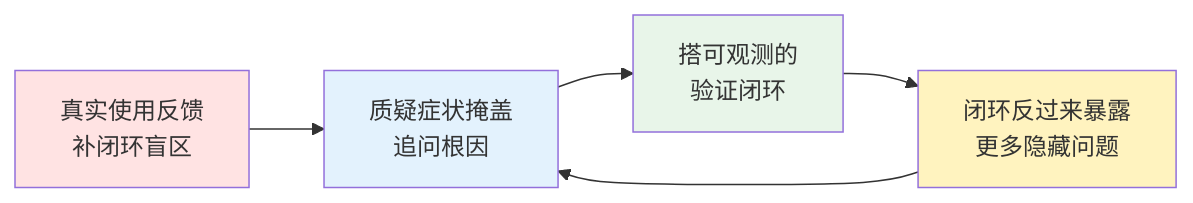
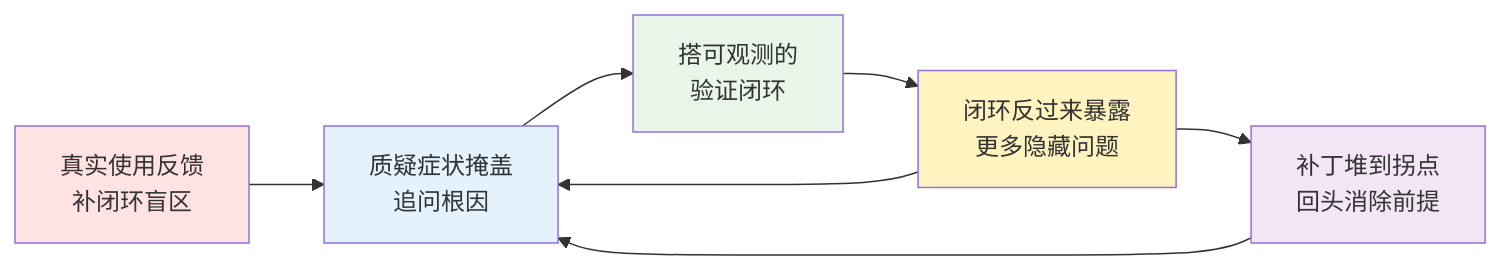
One commit to puppylpg/puppylpg.github.io changed the fourth of 4 diagrams in _tutorials/2026-06-13-mermaid-rendering-debug-workflow.md. Above: the diagram before and after it, drawn with Mermaid. The commit also changed other lines of this file, not shown here.

First line of the commit message:
mermaid 调试文章补全：新增根因五/六与"拔根因"的最终架构方案

````diff
--- a/_tutorials/2026-06-13-mermaid-rendering-debug-workflow.md
+++ b/_tutorials/2026-06-13-mermaid-rendering-debug-workflow.md
@@ -201,12 +304,15 @@
 ```mermaid
 flowchart LR
   A[质疑症状掩盖<br/>追问根因] --> B[搭可观测的<br/>验证闭环]
   B --> C[闭环反过来暴露<br/>更多隐藏问题]
   C --> A
   D[真实使用反馈<br/>补闭环盲区] --> A
+  C --> E[补丁堆到拐点<br/>回头消除前提]
+  E --> A
 
   style A fill:#e3f2fd
   style B fill:#e8f5e9
   style C fill:#fff3bf
   style D fill:#ffe3e3
+  style E fill:#f3e5f5
 ```
````
